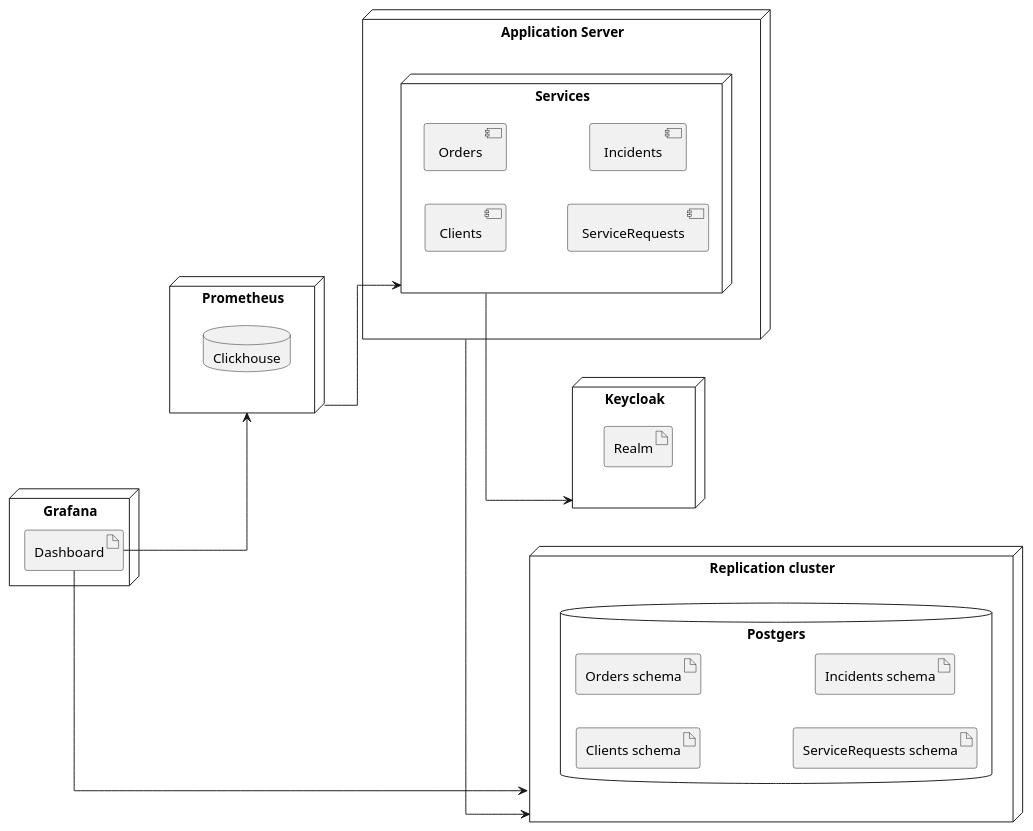
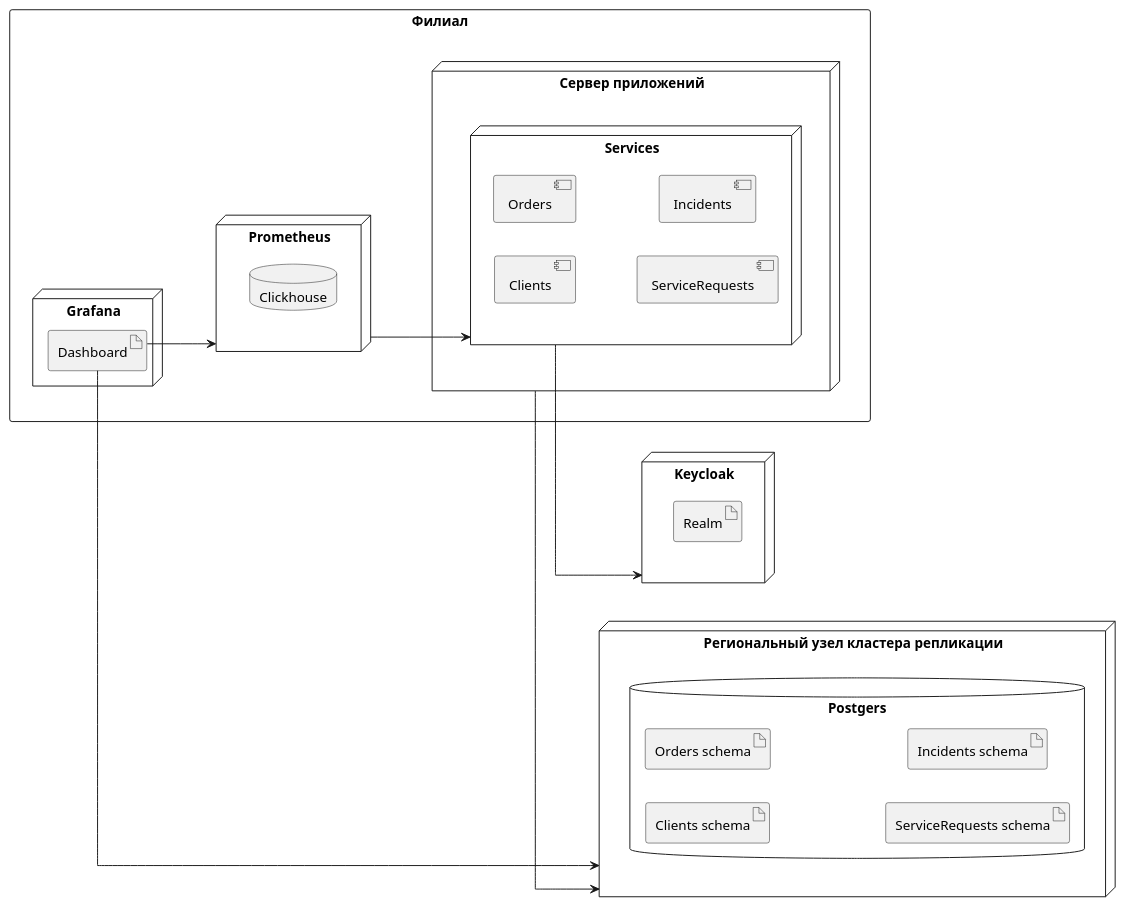
Before and after one commit to theotheo46/gb: the diagram in deployment.puml, drawn with PlantUML. The commit also changed 1 other file, not shown here.

```diff
--- a/deployment.puml
+++ b/deployment.puml
@@ -1,41 +1,44 @@
 @startuml
 'https://plantuml.com/deployment-diagram
 left to right direction
 skinparam linetype ortho
-node "Application Server" as Apps {
-    node Services {
-        component Clients
-        component Orders
-        component ServiceRequests
-        component Incidents
+rectangle "Филиал" {
+    node "Сервер приложений" as Apps {
+        node Services {
+            component Clients
+            component Orders
+            component ServiceRequests
+            component Incidents
+        }
     }
+    node Grafana {
+        artifact Dashboard
+    }
+
+    node Prometheus {
+        database Clickhouse
+    }
+
 }
 
 
-node "Replication cluster" as Database {
+node "Региональный узел кластера репликации" as Database {
     database Postgers {
         artifact "Clients schema"
         artifact "Orders schema"
         artifact "ServiceRequests schema"
         artifact "Incidents schema"
     }
 }
 
 node Keycloak {
     artifact Realm
 }
 
-node Grafana {
-    artifact Dashboard
-}
-
-node Prometheus {
-    database Clickhouse
-}
 
 Apps --> Database
 Services --> Keycloak
 Prometheus --> Services
 Dashboard --> Prometheus
 Dashboard --> Database
 @enduml
```
